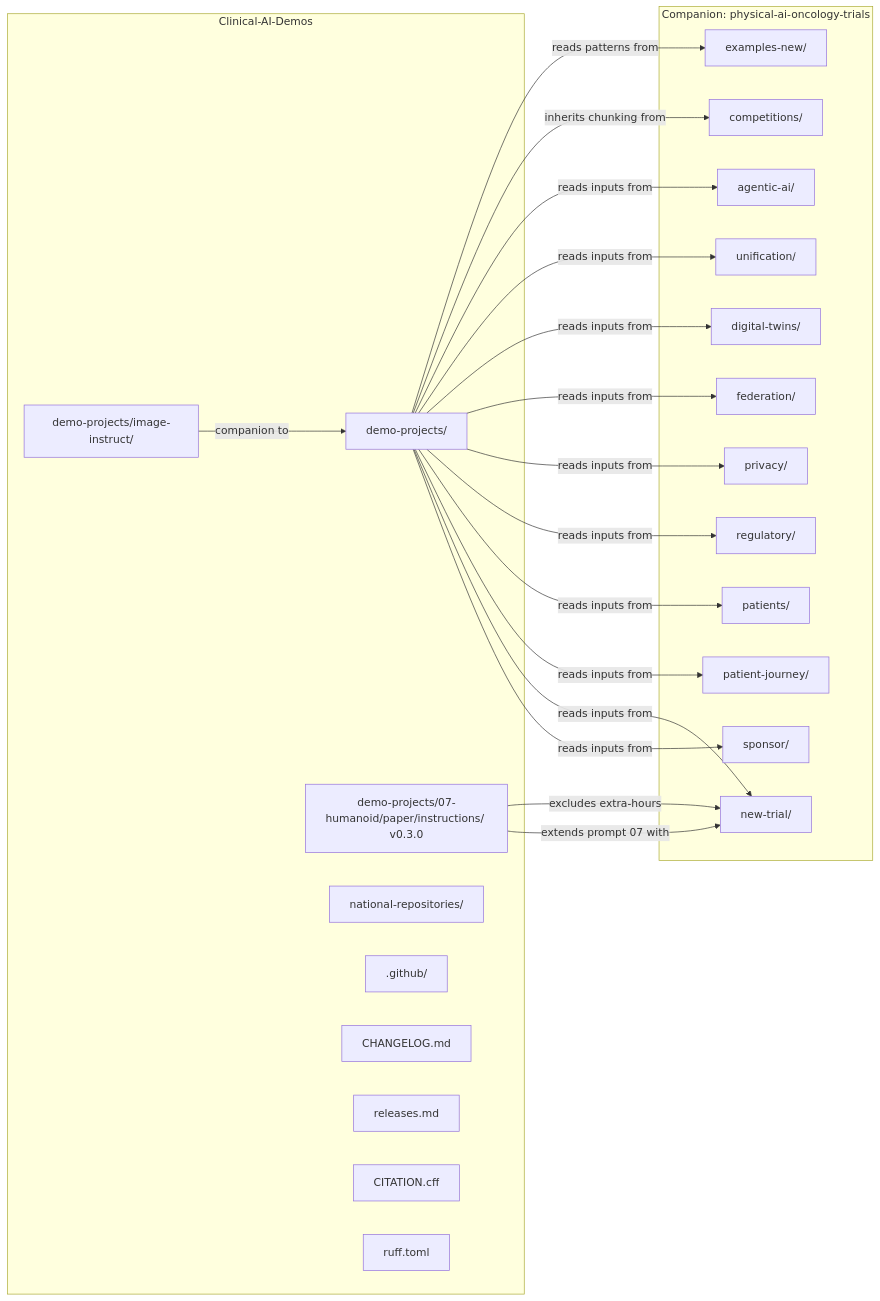
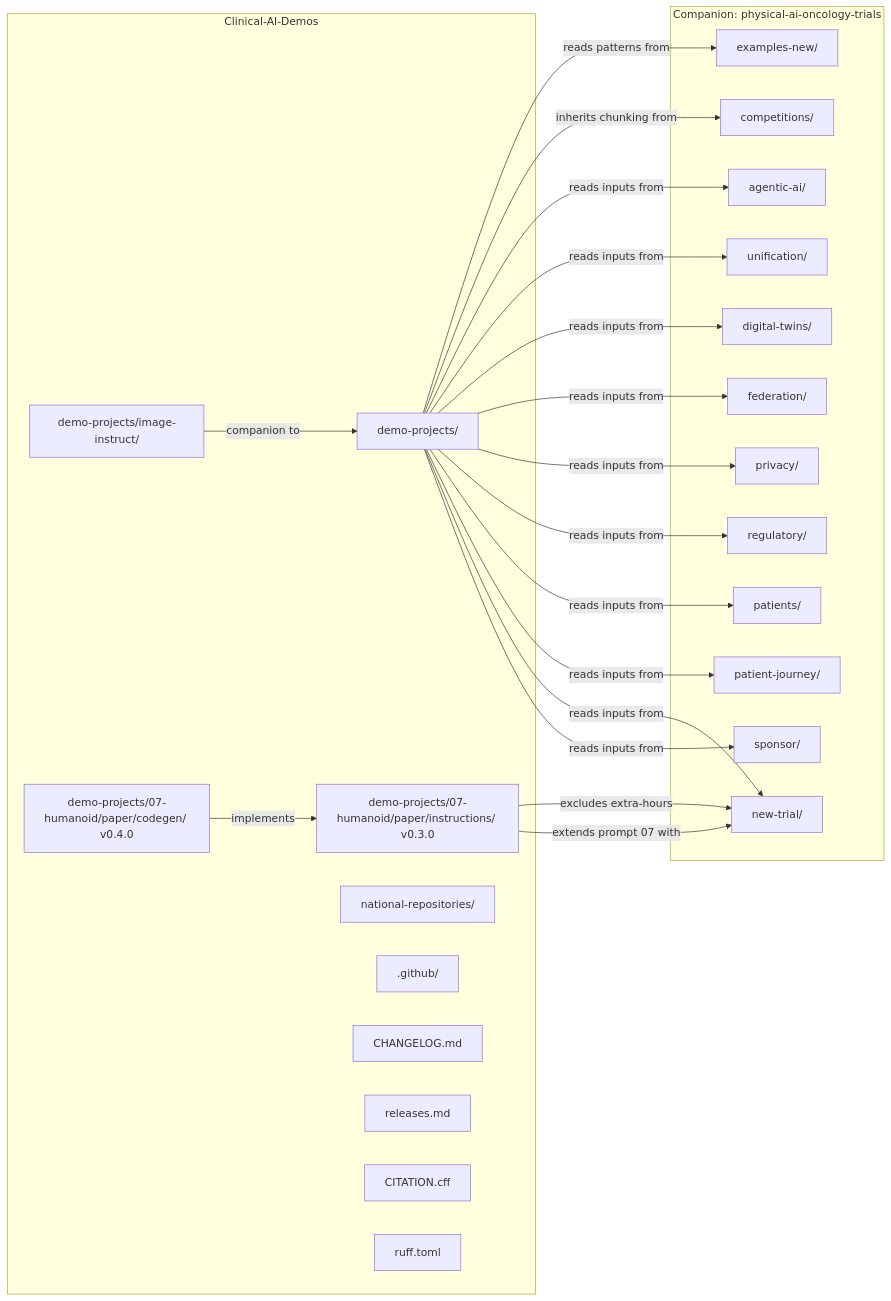
Before and after one commit to kevinkawchak/Clinical-AI-Demos: the first of 2 diagrams in README.md, drawn with Mermaid. The commit also changed other lines of this file, not shown here.

First line of the commit message:
Commit 7 of 7 (v0.4.0): top README updates for v0.4.0 codegen release

````diff
--- a/README.md
+++ b/README.md
@@ -201,45 +181,47 @@
 ```mermaid
 flowchart LR
   subgraph CAD[Clinical-AI-Demos]
     DP[demo-projects/]
     II[demo-projects/image-instruct/]
     SW[demo-projects/07-humanoid/paper/instructions/ v0.3.0]
+    CG[demo-projects/07-humanoid/paper/codegen/ v0.4.0]
     NR[national-repositories/]
     GH[.github/]
     CHG[CHANGELOG.md]
     REL[releases.md]
     CTN[CITATION.cff]
     RUF[ruff.toml]
   end
 
   subgraph CAP[Companion: physical-ai-oncology-trials]
     SPO[sponsor/]
     NTR[new-trial/]
     PJN[patient-journey/]
     PAT[patients/]
     REG[regulatory/]
     PRI[privacy/]
     FED[federation/]
     DTW[digital-twins/]
     UNI[unification/]
     AGI[agentic-ai/]
     COM[competitions/]
     EXM[examples-new/]
   end
 
   DP -->|reads inputs from| SPO
   DP -->|reads inputs from| NTR
   DP -->|reads inputs from| PJN
   DP -->|reads inputs from| PAT
   DP -->|reads inputs from| REG
   DP -->|reads inputs from| PRI
   DP -->|reads inputs from| FED
   DP -->|reads inputs from| DTW
   DP -->|reads inputs from| UNI
   DP -->|reads inputs from| AGI
   DP -->|inherits chunking from| COM
   DP -->|reads patterns from| EXM
   II -->|companion to| DP
   SW -->|extends prompt 07 with| NTR
   SW -->|excludes extra-hours| NTR
+  CG -->|implements| SW
 ```
````
